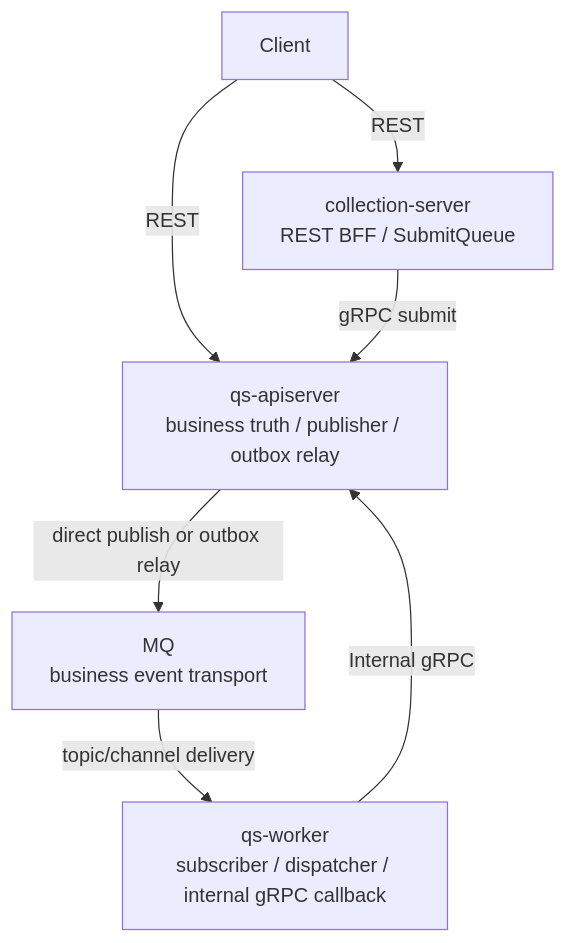
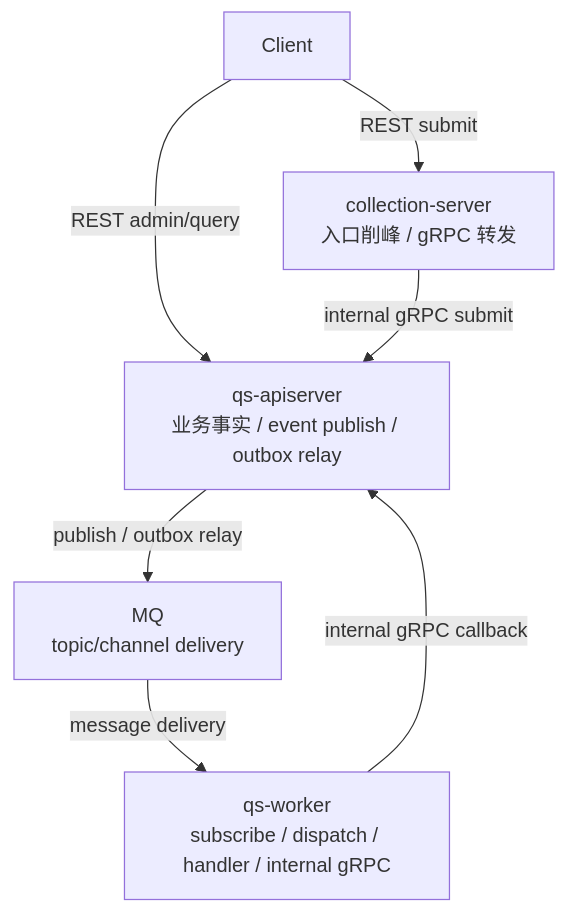
Before and after one commit to FangcunMount/qs-server: the second of 5 diagrams in docs/03-基础设施/event/00-整体架构.md, drawn with Mermaid. The commit also changed other lines of this file and 9 other files, not shown here.

````diff
--- a/docs/03-基础设施/event/00-整体架构.md
+++ b/docs/03-基础设施/event/00-整体架构.md
@@ -64,15 +126,15 @@
 ```mermaid
 flowchart TD
     client["Client"]
-    collection["collection-server<br/>REST BFF / SubmitQueue"]
-    api["qs-apiserver<br/>business truth / publisher / outbox relay"]
-    mq["MQ<br/>business event transport"]
-    worker["qs-worker<br/>subscriber / dispatcher / internal gRPC callback"]
+    collection["collection-server<br/>入口削峰 / gRPC 转发"]
+    api["qs-apiserver<br/>业务事实 / event publish / outbox relay"]
+    mq["MQ<br/>topic/channel delivery"]
+    worker["qs-worker<br/>subscribe / dispatch / handler / internal gRPC"]
 
-    client -->|REST| collection
-    client -->|REST| api
-    collection -->|gRPC submit| api
-    api -->|direct publish or outbox relay| mq
-    mq -->|topic/channel delivery| worker
-    worker -->|Internal gRPC| api
+    client -->|REST submit| collection
+    client -->|REST admin/query| api
+    collection -->|internal gRPC submit| api
+    api -->|publish / outbox relay| mq
+    mq -->|message delivery| worker
+    worker -->|internal gRPC callback| api
 ```
````
